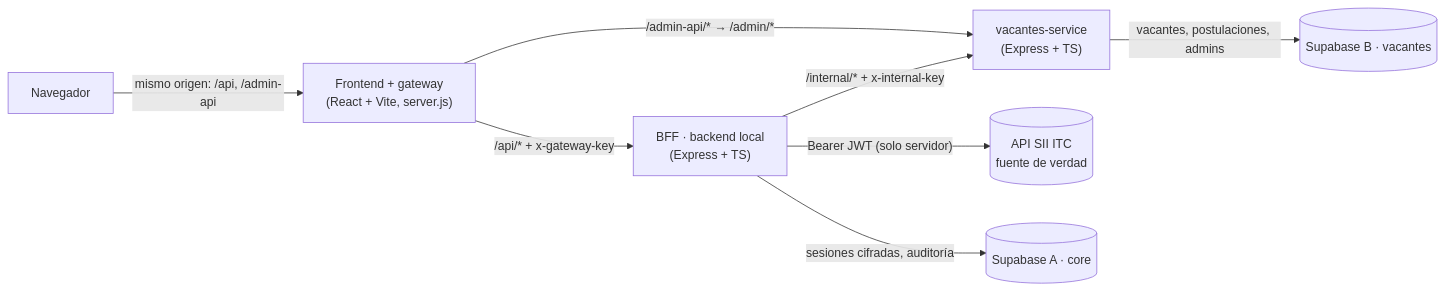
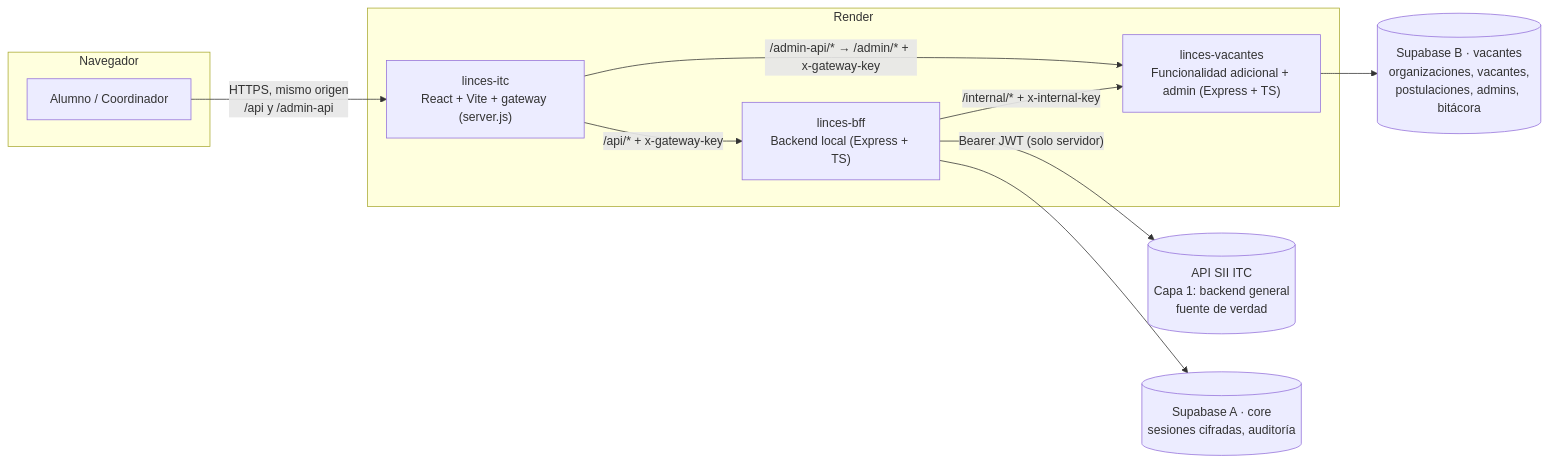
One commit to 21031562/Linces-ITC changed the first of 4 diagrams in README.md. Above: the diagram before and after it, drawn with Mermaid. The commit also changed other lines of this file, not shown here.

````diff
--- a/README.md
+++ b/README.md
@@ -59,10 +125,22 @@
 ```mermaid
 flowchart LR
-  N[Navegador] -- "mismo origen: /api, /admin-api" --> F["Frontend + gateway<br/>(React + Vite, server.js)"]
-  F -- "/api/* + x-gateway-key" --> B["BFF · backend local<br/>(Express + TS)"]
-  F -- "/admin-api/* → /admin/*" --> V["vacantes-service<br/>(Express + TS)"]
-  B -- "Bearer JWT (solo servidor)" --> S[("API SII ITC<br/>fuente de verdad")]
-  B -- "sesiones cifradas, auditoría" --> A[("Supabase A · core")]
+  subgraph Navegador
+    U[Alumno / Coordinador]
+  end
+  subgraph Render
+    F["linces-itc<br/>React + Vite + gateway (server.js)"]
+    B["linces-bff<br/>Backend local (Express + TS)"]
+    V["linces-vacantes<br/>Funcionalidad adicional + admin (Express + TS)"]
+  end
+  S[("API SII ITC<br/>Capa 1: backend general<br/>fuente de verdad")]
+  A[("Supabase A · core<br/>sesiones cifradas, auditoría")]
+  C[("Supabase B · vacantes<br/>organizaciones, vacantes,<br/>postulaciones, admins, bitácora")]
+
+  U -- "HTTPS, mismo origen<br/>/api y /admin-api" --> F
+  F -- "/api/* + x-gateway-key" --> B
+  F -- "/admin-api/* → /admin/* + x-gateway-key" --> V
+  B -- "Bearer JWT (solo servidor)" --> S
+  B --> A
   B -- "/internal/* + x-internal-key" --> V
-  V -- "vacantes, postulaciones, admins" --> C[("Supabase B · vacantes")]
+  V --> C
 ```
````
